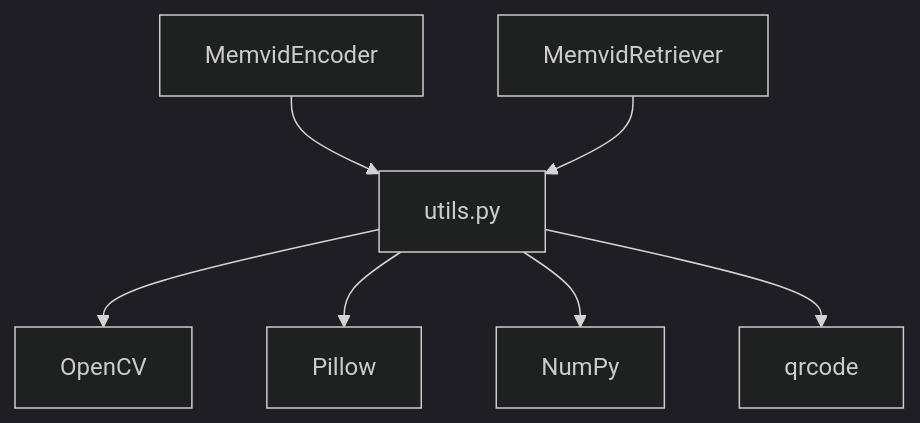
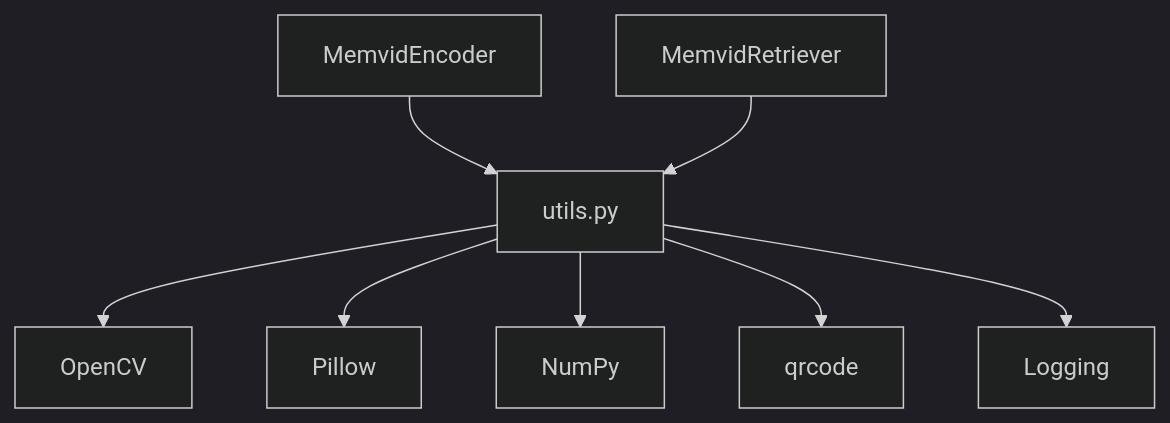
Before and after one commit to MOK-5-ha/MayaMCP: the eighth of 8 diagrams in .qoder/repowiki/en/content/Retrieval-Augmented Generation (RAG)/Memvid Video Memory System.md, drawn with Mermaid (dark theme). The commit also changed other lines of this file and 27 other files, not shown here.

````diff
--- a/.qoder/repowiki/en/content/Retrieval-Augmented Generation (RAG)/Memvid Video Memory System.md
+++ b/.qoder/repowiki/en/content/Retrieval-Augmented Generation (RAG)/Memvid Video Memory System.md
@@ -301,9 +342,10 @@
 ```mermaid
 graph TB
 Enc["MemvidEncoder"] --> Utils["utils.py"]
 Ret["MemvidRetriever"] --> Utils
 Utils --> CV["OpenCV"]
 Utils --> PIL["Pillow"]
 Utils --> Numpy["NumPy"]
 Utils --> QR["qrcode"]
+Utils --> Logger["Logging"]
 ```
````
